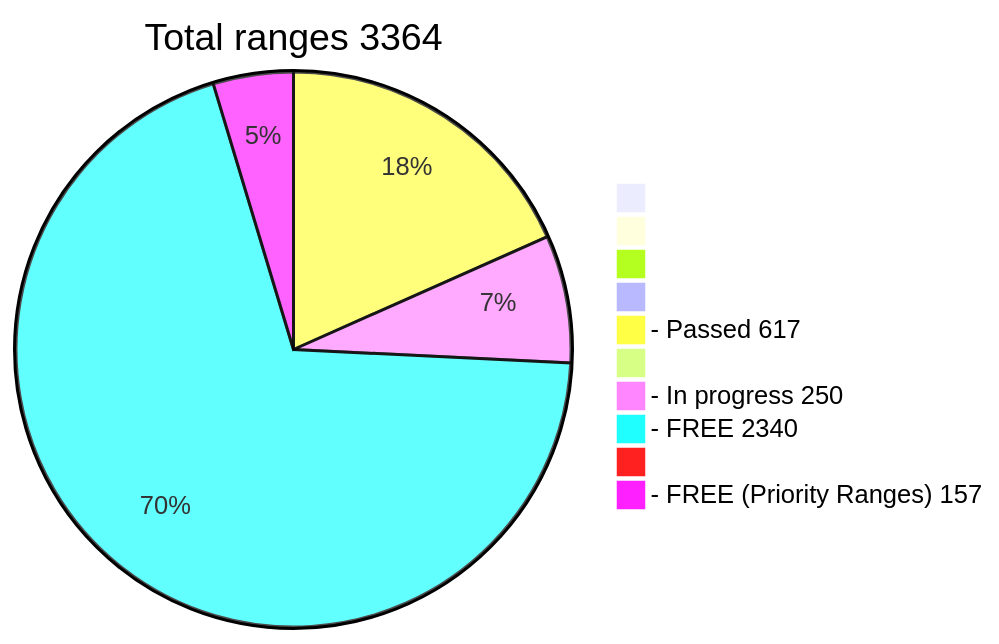
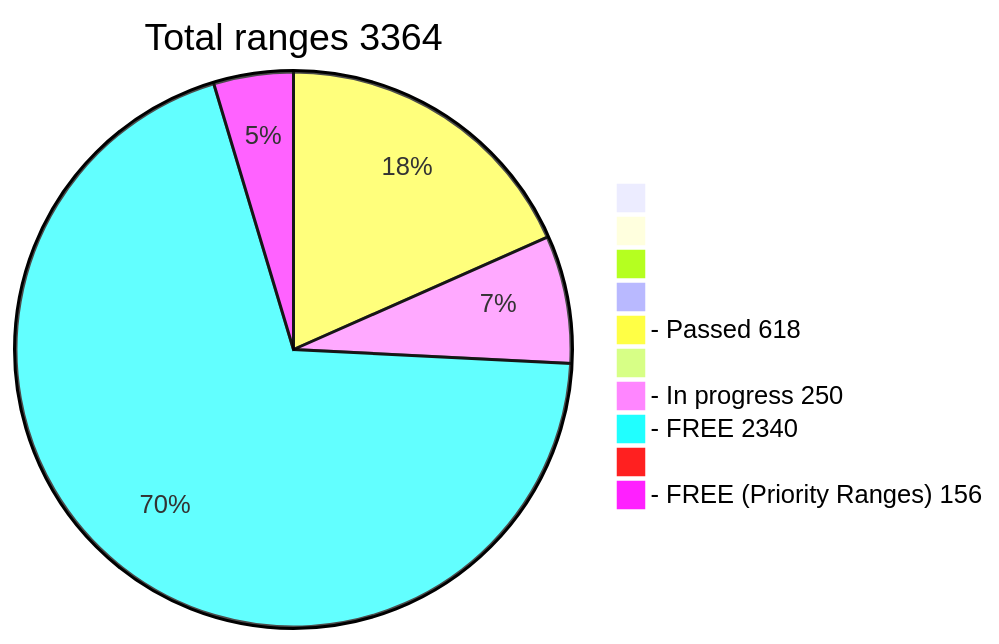
One commit to phrutis/wif500 changed the diagram in README.md. Above: the diagram before and after it, drawn with Mermaid.

````diff
--- a/README.md
+++ b/README.md
@@ -16,13 +16,13 @@
 ```mermaid
 pie title Total ranges 3364
              " " : 0
             "  " : 0
            "   " : 0
           "    " : 0
-  "- Passed 617" : 617
+  "- Passed 618" : 618
          "     " : 0
   "- In progress 250" : 250
    "- FREE 2340" : 2340
         "      " : 0
-  "- FREE (Priority Ranges) 157" : 157
+  "- FREE (Priority Ranges) 156" : 156
 ```
````
